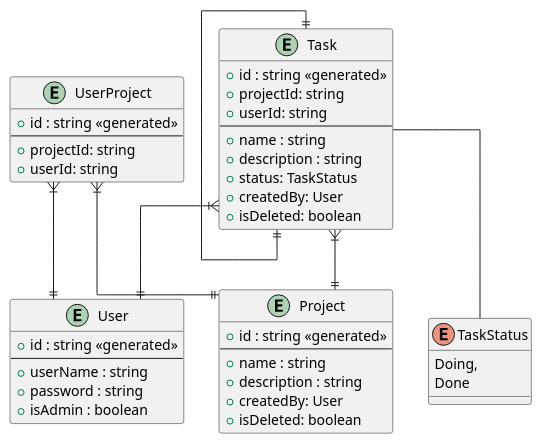
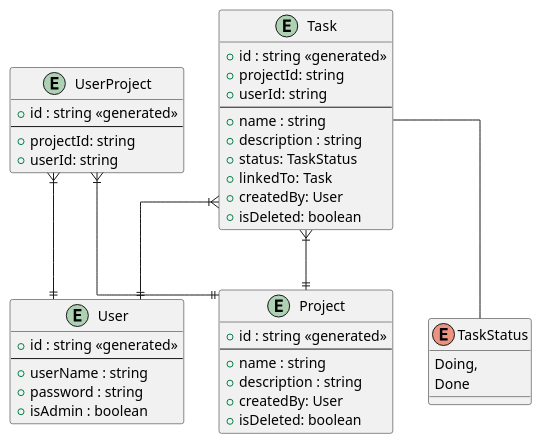
Before and after one commit to btsangk20/Todo-List-Back-End: the diagram in todo-app/diagrams/ERD.wsd, drawn with PlantUML. The commit also changed 2 other files, not shown here.

Commit message:
Update ERD and model

```diff
--- a/todo-app/diagrams/ERD.wsd
+++ b/todo-app/diagrams/ERD.wsd
@@ -1,56 +1,56 @@
 @startuml Todo-List
 
 ' avoid problems with angled crows feet
 skinparam linetype ortho
 
 entity Project {
 + id : string <<generated>>
 --
 + name : string
 + description : string
 + createdBy: User
 + isDeleted: boolean
 }
 
 entity User { 
 + id : string <<generated>>
 --
 + userName : string
 + password : string
 + isAdmin : boolean
 }
 
 entity Task {
 + id : string <<generated>>
 + projectId: string
 + userId: string
 --
 + name : string
 + description : string
 + status: TaskStatus
++ linkedTo: Task
 + createdBy: User
 + isDeleted: boolean
 }
 
 Task--TaskStatus
-Task ||--|| Task
 
 enum TaskStatus {
     Doing,
     Done
 }
 
 entity UserProject {
 + id : string <<generated>>
 --
 + projectId: string
 + userId: string
 }
 
 UserProject }|--|| User
 UserProject }|--|| Project
 
 Task }|--|| Project
 Task }|--|| User
 
 @enduml
```
